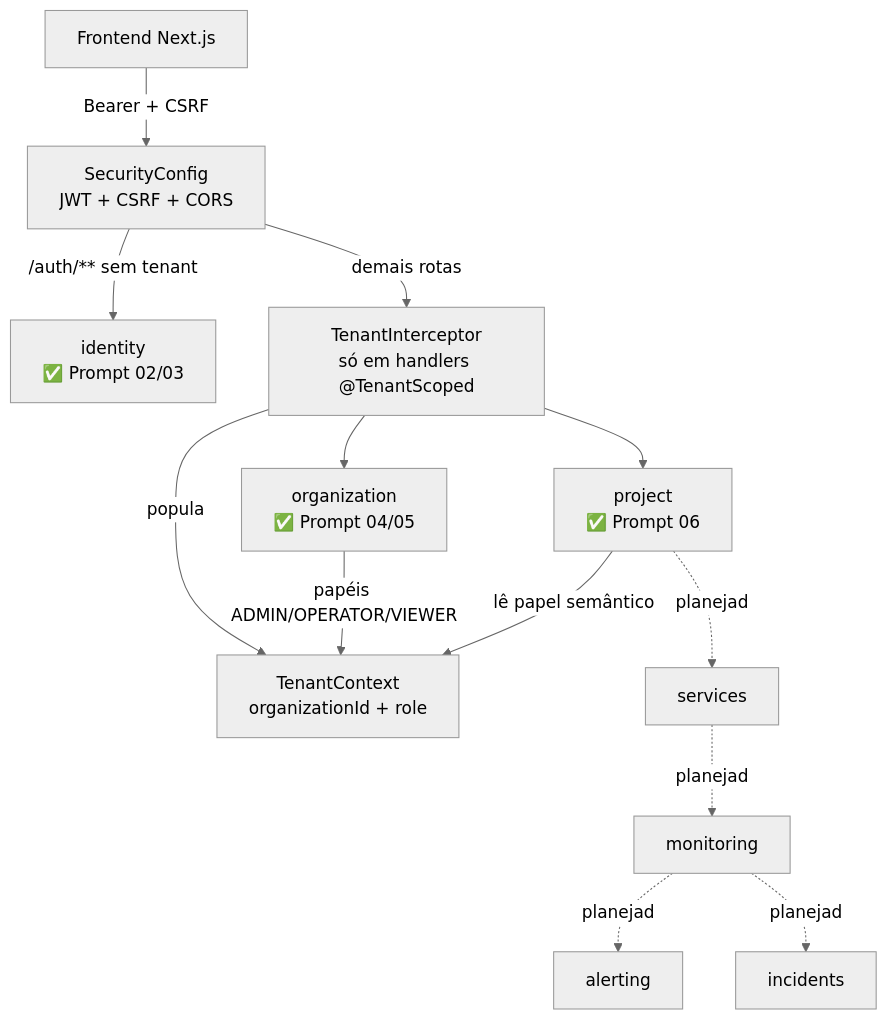
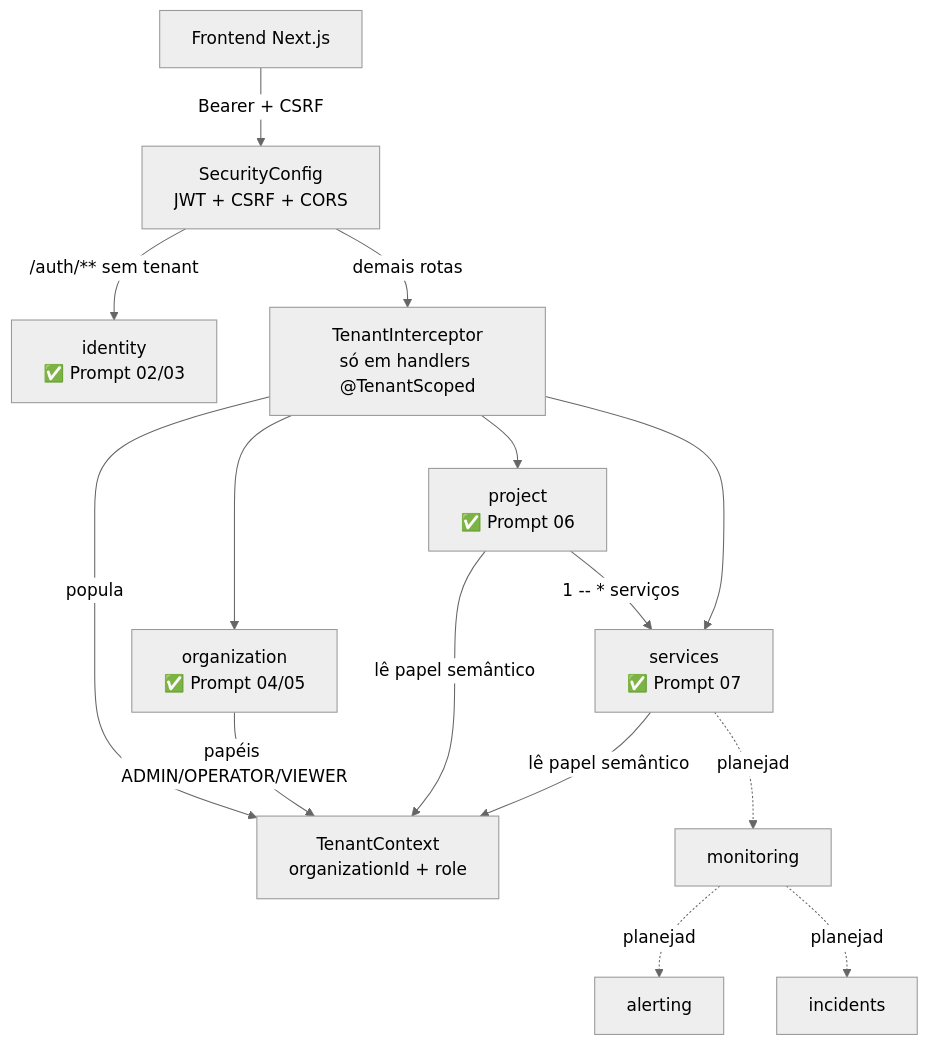
The first of 3 diagrams in docs/architecture-foundation.md (diegovieiradv/project-sentinel), drawn with Mermaid (neutral theme) before and after one commit. The commit also changed other lines of this file and 24 other files, not shown here.

````diff
--- a/docs/architecture-foundation.md
+++ b/docs/architecture-foundation.md
@@ -31,15 +31,17 @@
 ```mermaid
 graph TB
     FE[Frontend Next.js] -->|Bearer + CSRF| BE[SecurityConfig<br/>JWT + CSRF + CORS]
     BE -->|/auth/** sem tenant| ID[identity<br/>✅ Prompt 02/03]
     BE -->|demais rotas| INTER[TenantInterceptor<br/>só em handlers @TenantScoped]
     INTER -->|popula| TC[TenantContext<br/>organizationId + role]
     INTER --> ORG[organization<br/>✅ Prompt 04/05]
     INTER --> PRJ[project<br/>✅ Prompt 06]
+    INTER --> SVC[services<br/>✅ Prompt 07]
     ORG -->|papéis ADMIN/OPERATOR/VIEWER| TC
     PRJ -->|lê papel semântico| TC
-    PRJ -.planejado.-> SVC[services]
+    SVC -->|lê papel semântico| TC
+    PRJ -->|1 -- * serviços| SVC
     SVC -.planejado.-> MON[monitoring]
     MON -.planejado.-> ALT[alerting]
     MON -.planejado.-> INC[incidents]
 ```
````
